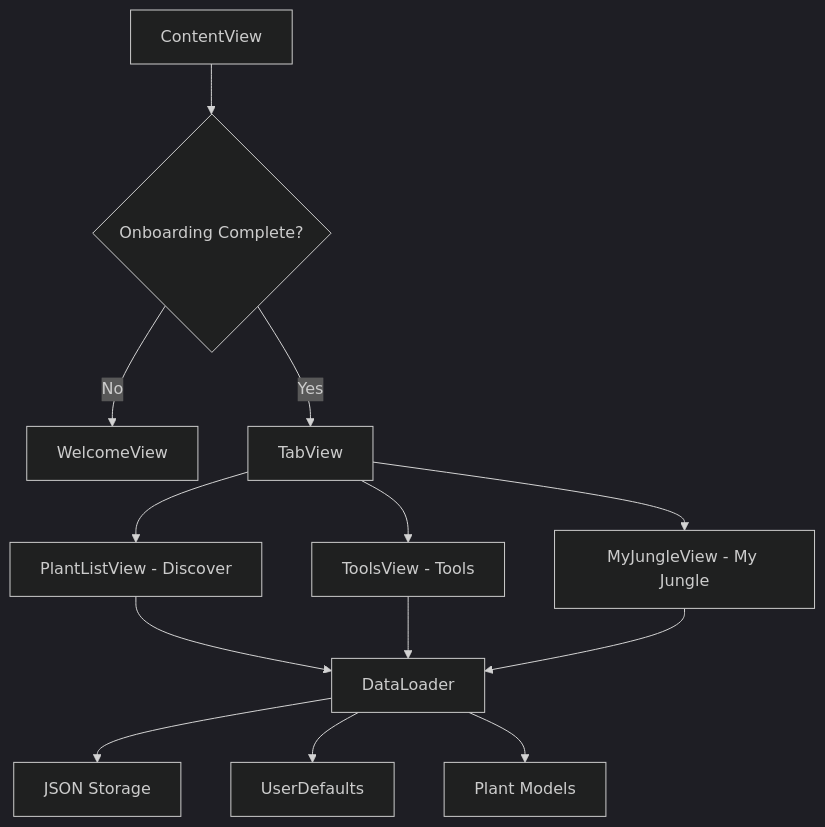
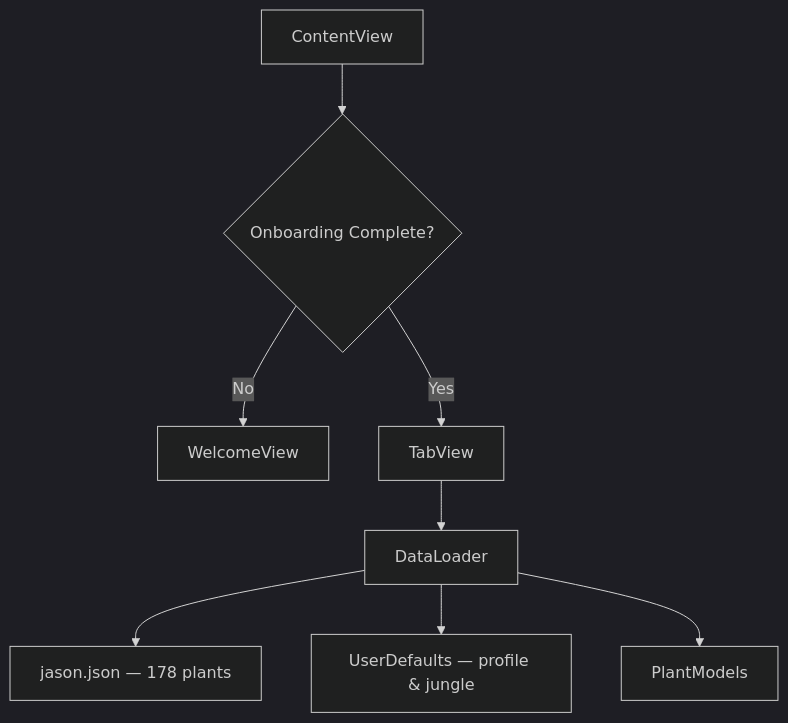
Before and after one commit to aryansk/HousePlants.ai: the diagram in README.md, drawn with Mermaid (dark theme). The commit also changed other lines of this file, not shown here.

First line of the commit message:
docs: update README with current feature set and architecture

````diff
--- a/README.md
+++ b/README.md
@@ -263,15 +194,10 @@
 ```mermaid
 graph TD
     A[ContentView] --> B{Onboarding Complete?}
     B -->|No| C[WelcomeView]
     B -->|Yes| D[TabView]
-    D --> E[PlantListView - Discover]
-    D --> F[ToolsView - Tools]
-    D --> G[MyJungleView - My Jungle]
-    E --> H[DataLoader]
-    F --> H
-    G --> H
-    H --> I[JSON Storage]
-    H --> J[UserDefaults]
-    H --> K[Plant Models]
+    D --> E[DataLoader]
+    E --> F[jason.json — 178 plants]
+    E --> G[UserDefaults — profile & jungle]
+    E --> H[PlantModels]
 ```
````
